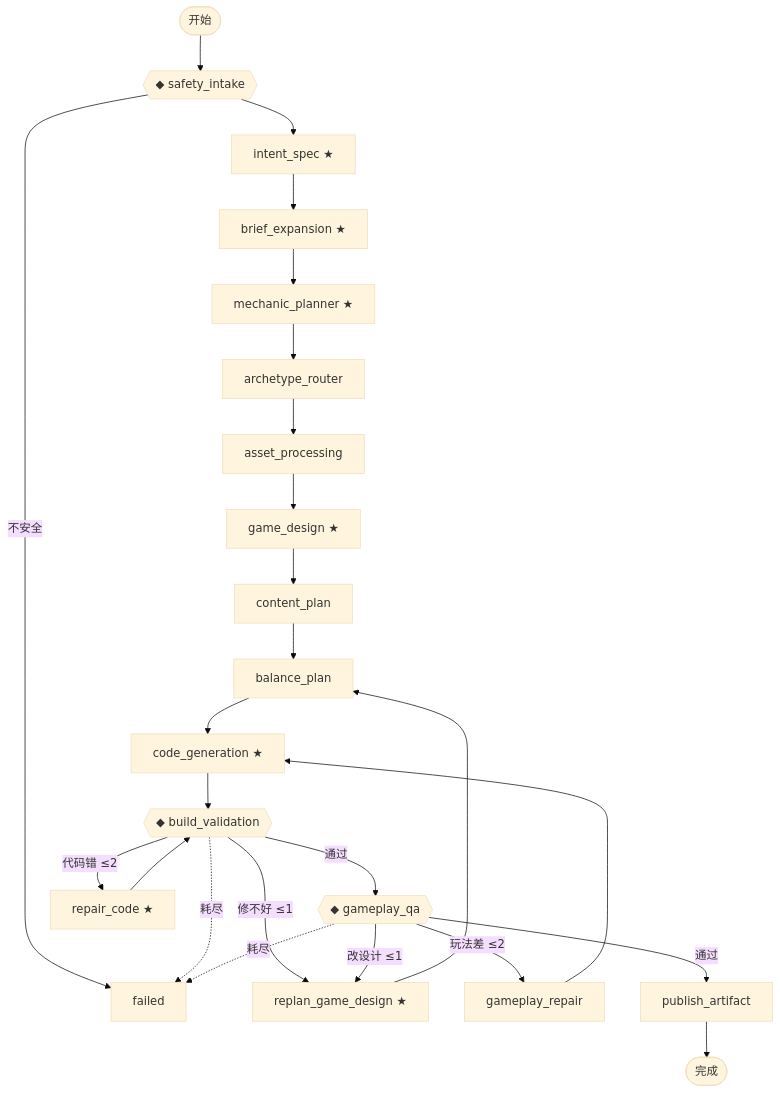
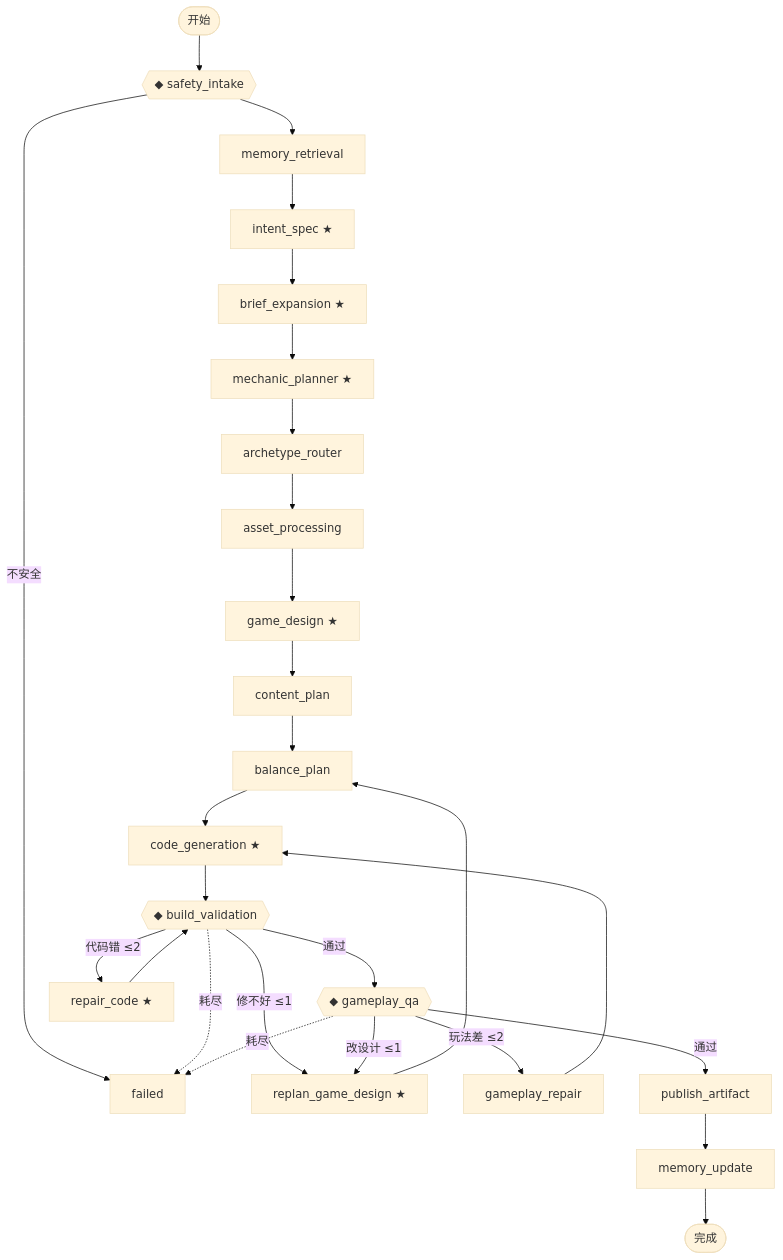
One commit to charlie11sun-netizen/yahaha changed the third of 8 diagrams in docs/系统架构.md. Above: the diagram before and after it, drawn with Mermaid (base theme). The commit also changed other lines of this file and 25 other files, not shown here.

````diff
--- a/docs/系统架构.md
+++ b/docs/系统架构.md
@@ -133,27 +134,29 @@
 ```mermaid
 flowchart TB
     START(["开始"]) --> safety{{"◆ safety_intake"}}
     safety -->|"不安全"| failed["failed"]
-    safety --> intent["intent_spec ★"]
+    safety --> memory["memory_retrieval"]
+    memory --> intent["intent_spec ★"]
     intent --> brief["brief_expansion ★"]
     brief --> mech["mechanic_planner ★"]
     mech --> arch["archetype_router"]
     arch --> asset["asset_processing"]
     asset --> design["game_design ★"]
     design --> content["content_plan"]
     content --> balance["balance_plan"]
     balance --> code["code_generation ★"]
     code --> build{{"◆ build_validation"}}
     build -->|"通过"| qa{{"◆ gameplay_qa"}}
     build -->|"代码错 ≤2"| repair["repair_code ★"]
     repair --> build
     build -->|"修不好 ≤1"| replan["replan_game_design ★"]
     qa -->|"玩法差 ≤2"| gprepair["gameplay_repair"]
     gprepair --> code
     qa -->|"改设计 ≤1"| replan
     replan --> balance
     qa -->|"通过"| publish["publish_artifact"]
-    publish --> done(["完成"])
+    publish --> memupdate["memory_update"]
+    memupdate --> done(["完成"])
     build -. 耗尽 .-> failed
     qa -. 耗尽 .-> failed
 ```
````
